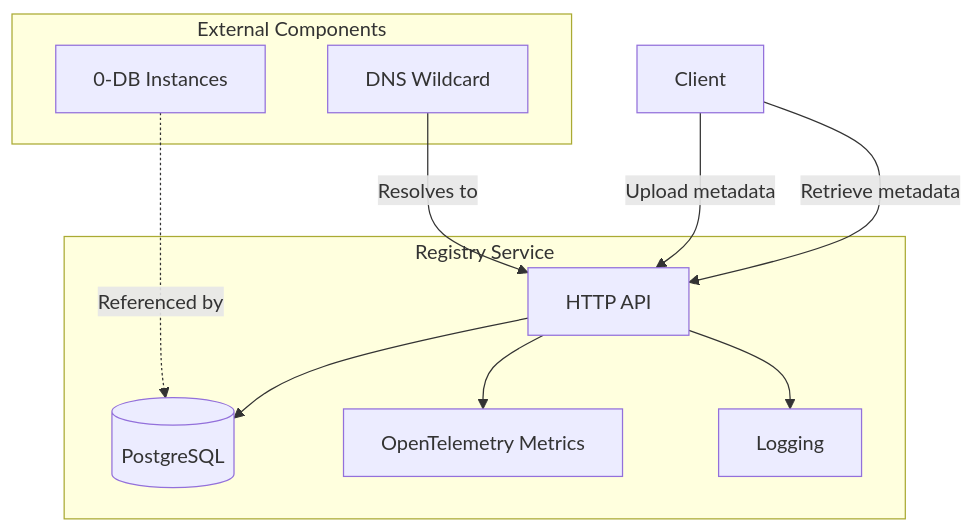
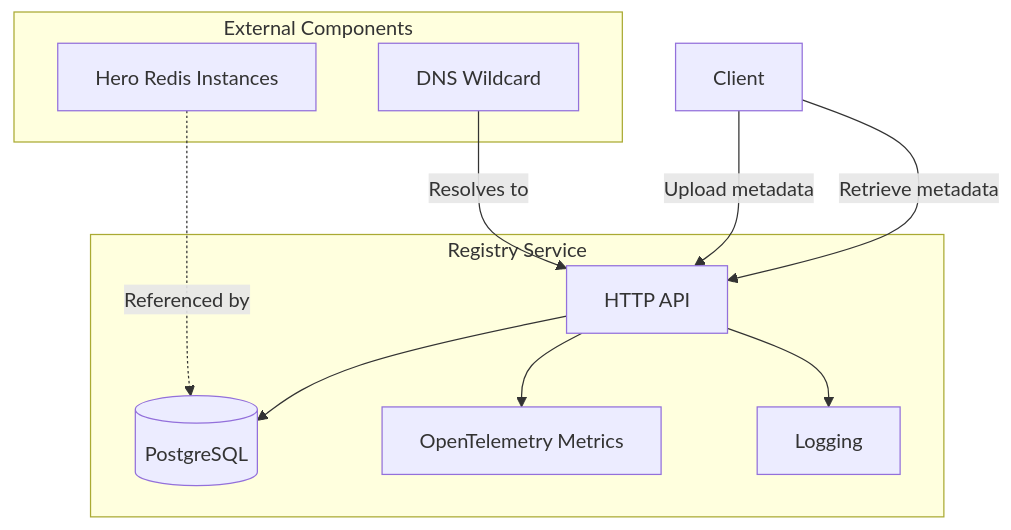
Before and after one commit to threefoldtech/mycelium-cdn-registry: the first of 3 diagrams in docs/registry-admin-guide.md, drawn with Mermaid. The commit also changed other lines of this file and 14 other files, not shown here.

Commit message:
Change 0-db implementation to hero_redis

````diff
--- a/docs/registry-admin-guide.md
+++ b/docs/registry-admin-guide.md
@@ -12,16 +12,16 @@
 ```mermaid
 graph TD
     subgraph "Registry Service"
         API[HTTP API] --> DB[(PostgreSQL)]
         API --> Metrics[OpenTelemetry Metrics]
         API --> Logs[Logging]
     end
     
     Client[Client] -->|Upload metadata| API
     Client -->|Retrieve metadata| API
     
     subgraph "External Components"
-        ZDB[0-DB Instances] -.->|Referenced by| DB
+        HeroRedis[Hero Redis Instances] -.->|Referenced by| DB
         DNS[DNS Wildcard] -->|Resolves to| API
     end
 ```
````
